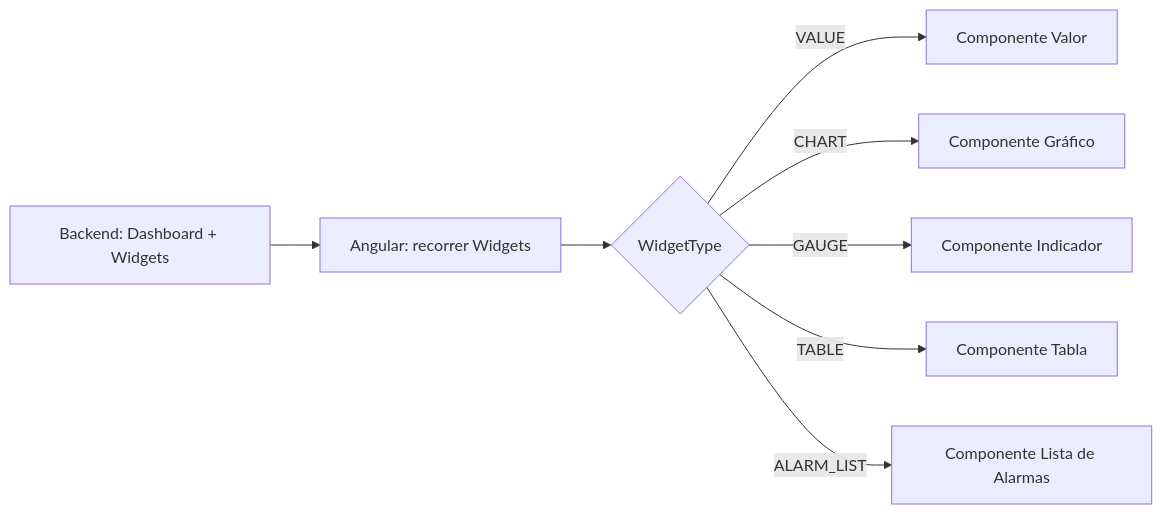
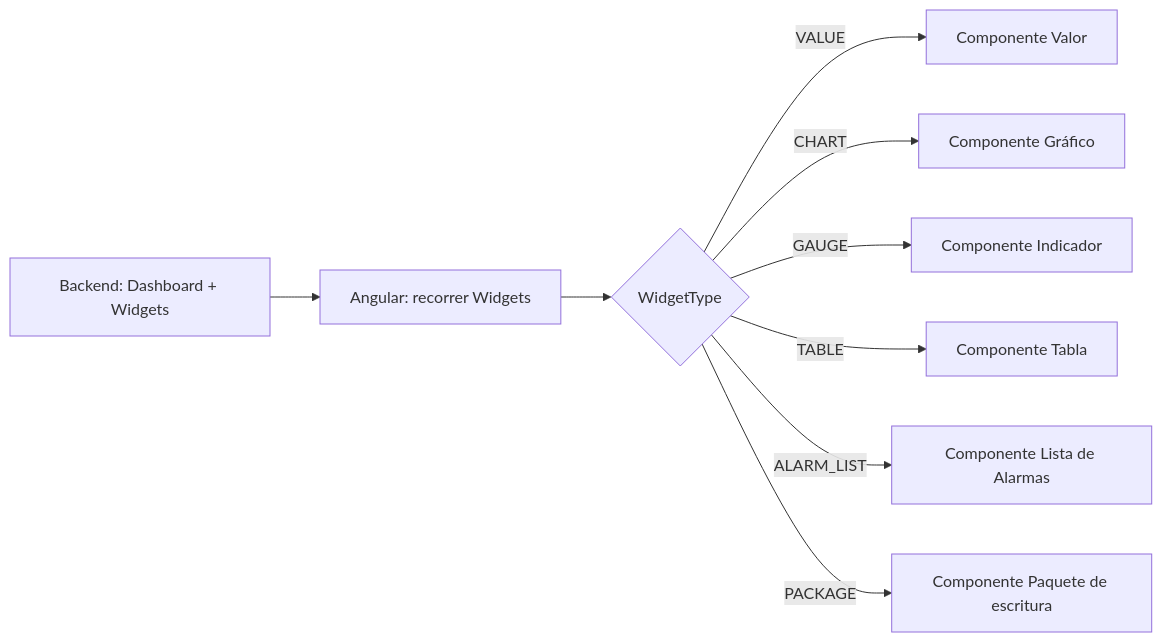
The second of 3 diagrams in docs/08-frontend-dashboard.md (adpNature/EWControl), drawn with Mermaid before and after one commit. The commit also changed other lines of this file and 105 other files, not shown here.

````diff
--- a/docs/08-frontend-dashboard.md
+++ b/docs/08-frontend-dashboard.md
@@ -124,11 +124,12 @@
 ```mermaid
 flowchart LR
 
 A[Backend: Dashboard + Widgets] --> B[Angular: recorrer Widgets]
 B --> C{WidgetType}
 C -->|VALUE| D[Componente Valor]
 C -->|CHART| E[Componente Gráfico]
 C -->|GAUGE| F[Componente Indicador]
 C -->|TABLE| G[Componente Tabla]
 C -->|ALARM_LIST| H[Componente Lista de Alarmas]
+C -->|PACKAGE| I[Componente Paquete de escritura]
 ```
````
